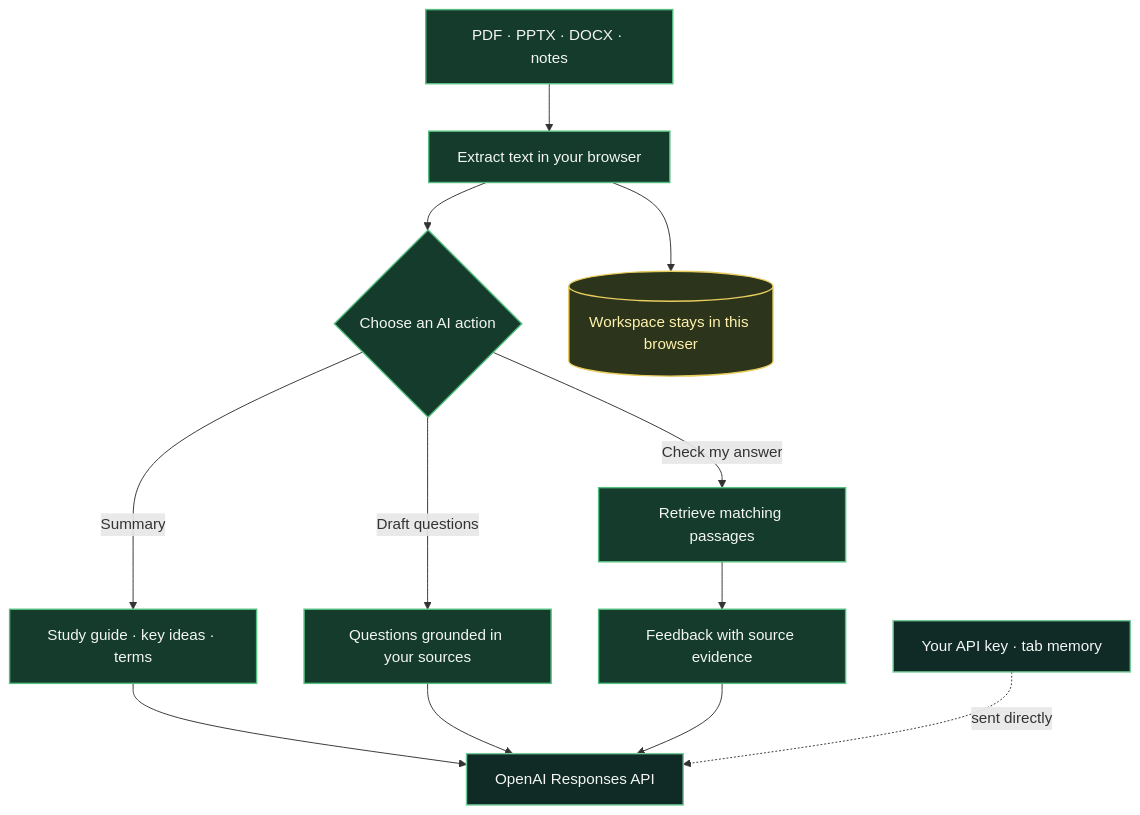
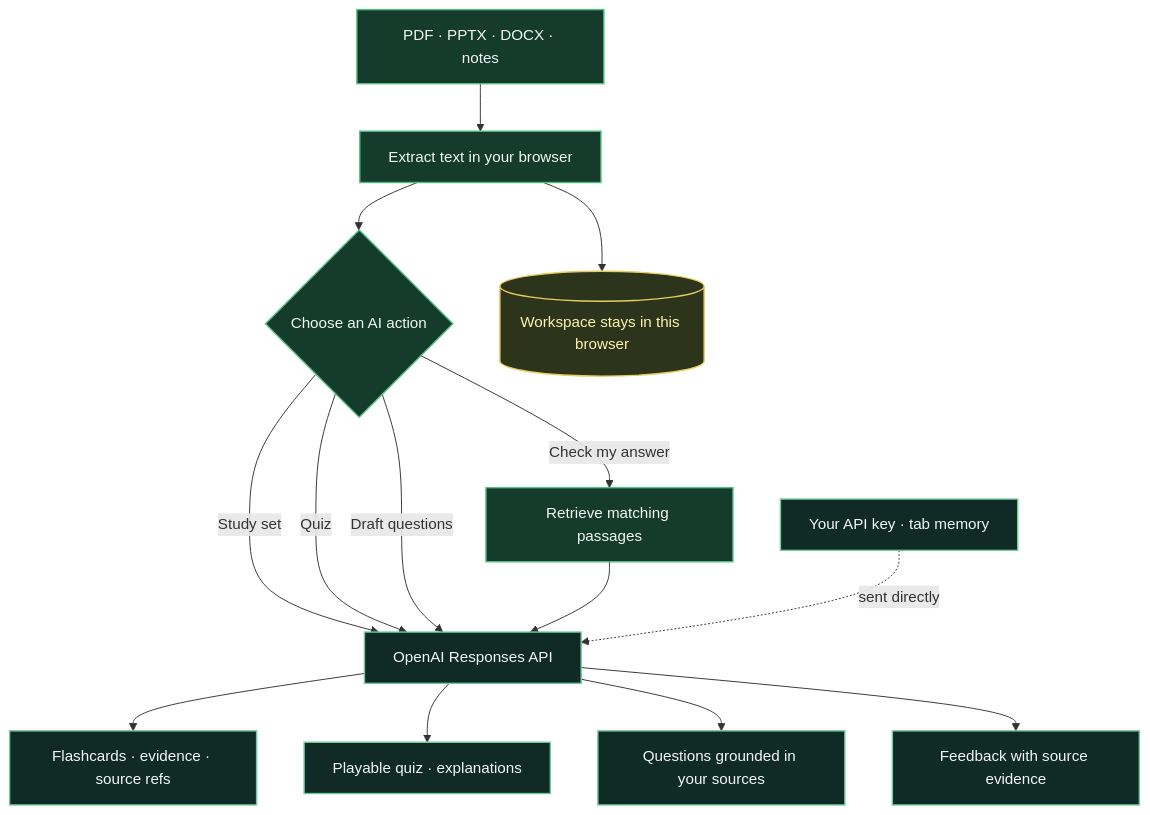
One commit to jaexmachine/recall-loop changed the second of 2 diagrams in README.md. Above: the diagram before and after it, drawn with Mermaid. The commit also changed other lines of this file and 4 other files, not shown here.

````diff
--- a/README.md
+++ b/README.md
@@ -51,20 +51,22 @@
 ```mermaid
 flowchart TD
     A[PDF · PPTX · DOCX · notes] --> B[Extract text in your browser]
     B --> C{Choose an AI action}
-    C -->|Summary| D[Study guide · key ideas · terms]
-    C -->|Draft questions| E[Questions grounded in your sources]
-    C -->|Check my answer| F[Retrieve matching passages]
-    F --> G[Feedback with source evidence]
-    D --> H[OpenAI Responses API]
-    E --> H
-    G --> H
-    J[Your API key · tab memory] -. sent directly .-> H
+    C -->|Study set| I[OpenAI Responses API]
+    C -->|Quiz| I
+    C -->|Draft questions| I
+    C -->|Check my answer| G[Retrieve matching passages]
+    G --> I
+    I --> D[Flashcards · evidence · source refs]
+    I --> E[Playable quiz · explanations]
+    I --> F[Questions grounded in your sources]
+    I --> H[Feedback with source evidence]
+    J[Your API key · tab memory] -. sent directly .-> I
     B --> K[(Workspace stays in this browser)]
     classDef local fill:#143b2b,stroke:#54bd7f,color:#f3f6f4,stroke-width:1.5px
     classDef server fill:#102b25,stroke:#73c99a,color:#f3f6f4,stroke-width:1.5px
     classDef storage fill:#2c351c,stroke:#e8cc5e,color:#fff2ad,stroke-width:1.5px
-    class A,B,C,D,E,F,G local
-    class H,I,J server
+    class A,B,C,G,K local
+    class D,E,F,H,I,J server
     class K storage
 ```
````
